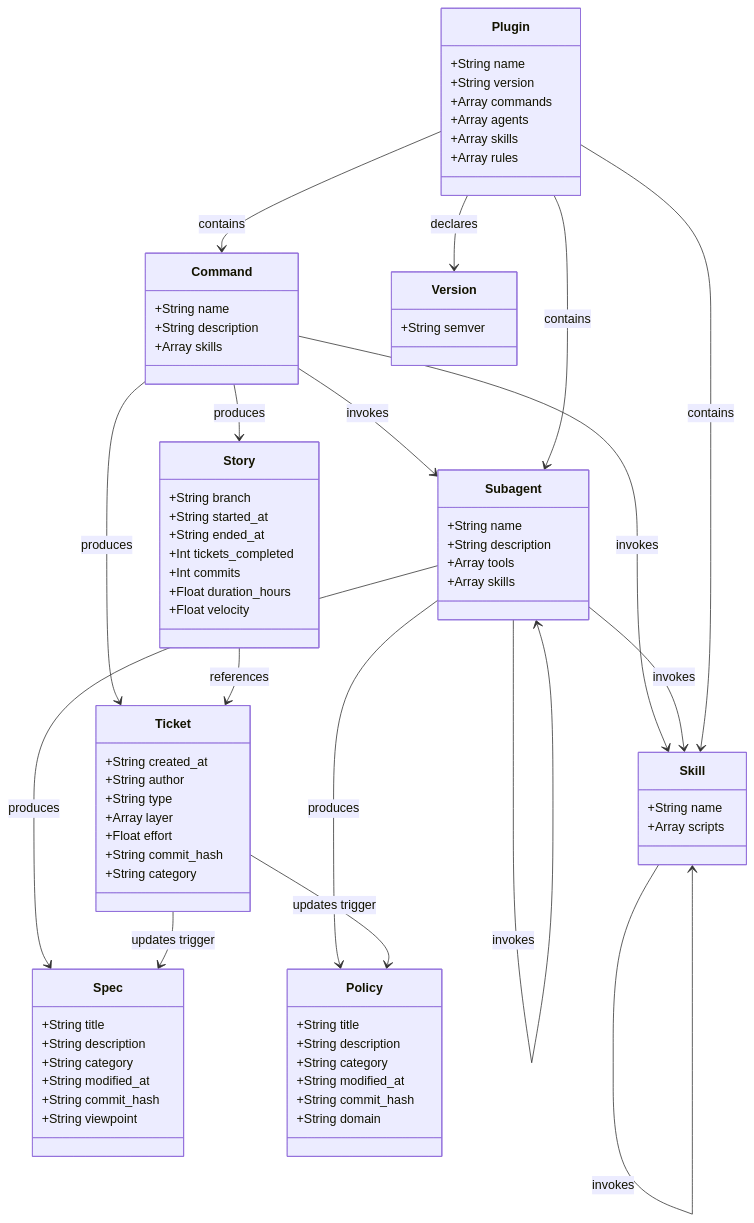
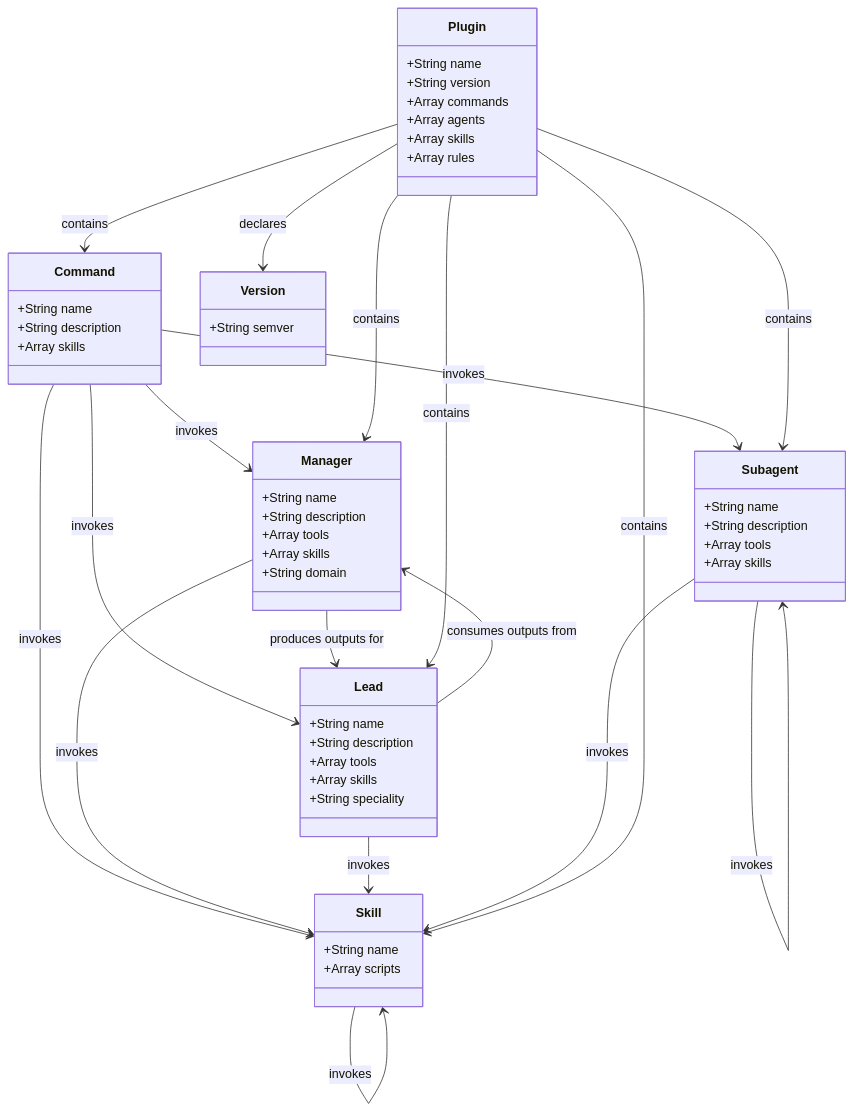
One commit to qmu/workaholic changed the third of 4 diagrams in .workaholic/specs/model.md. Above: the diagram before and after it, drawn with Mermaid. The commit also changed other lines of this file and 36 other files, not shown here.

````diff
--- a/.workaholic/specs/model.md
+++ b/.workaholic/specs/model.md
@@ -139,47 +174,25 @@
 ```mermaid
 classDiagram
-    class Ticket {
-        +String created_at
-        +String author
-        +String type
-        +Array layer
-        +Float effort
-        +String commit_hash
-        +String category
-    }
-
-    class Spec {
-        +String title
-        +String description
-        +String category
-        +String modified_at
-        +String commit_hash
-        +String viewpoint
-    }
-
-    class Policy {
-        +String title
-        +String description
-        +String category
-        +String modified_at
-        +String commit_hash
-        +String domain
-    }
-
-    class Story {
-        +String branch
-        +String started_at
-        +String ended_at
-        +Int tickets_completed
-        +Int commits
-        +Float duration_hours
-        +Float velocity
-    }
-
     class Command {
         +String name
         +String description
         +Array skills
+    }
+
+    class Manager {
+        +String name
+        +String description
+        +Array tools
+        +Array skills
+        +String domain
+    }
+
+    class Lead {
+        +String name
+        +String description
+        +Array tools
+        +Array skills
+        +String speciality
     }
 
     class Subagent {
@@ -207,23 +220,23 @@
         +String semver
     }
 
+    Command --> Manager : invokes
+    Command --> Lead : invokes
     Command --> Subagent : invokes
     Command --> Skill : invokes
+    Manager --> Skill : invokes
+    Lead --> Skill : invokes
     Subagent --> Subagent : invokes
     Subagent --> Skill : invokes
     Skill --> Skill : invokes
 
-    Command --> Ticket : produces
-    Command --> Story : produces
-    Subagent --> Spec : produces
-    Subagent --> Policy : produces
+    Manager --> Lead : produces outputs for
+    Lead --> Manager : consumes outputs from
 
     Plugin --> Command : contains
+    Plugin --> Manager : contains
+    Plugin --> Lead : contains
     Plugin --> Subagent : contains
     Plugin --> Skill : contains
     Plugin --> Version : declares
-
-    Story --> Ticket : references
-    Ticket --> Spec : updates trigger
-    Ticket --> Policy : updates trigger
 ```
````
